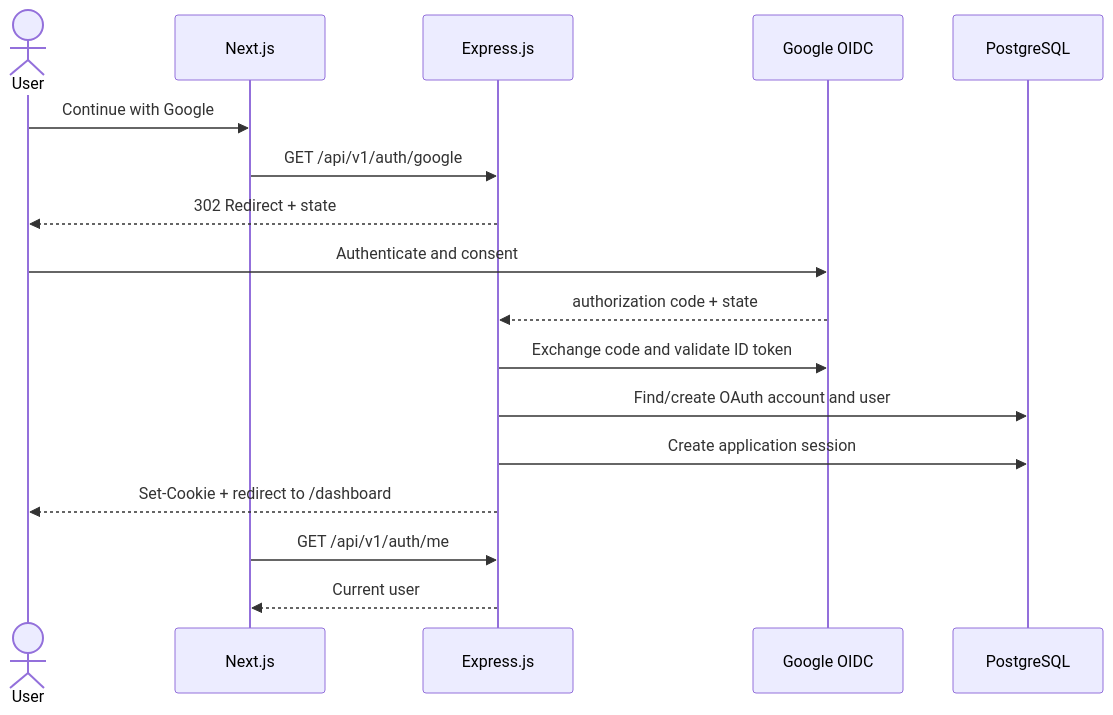
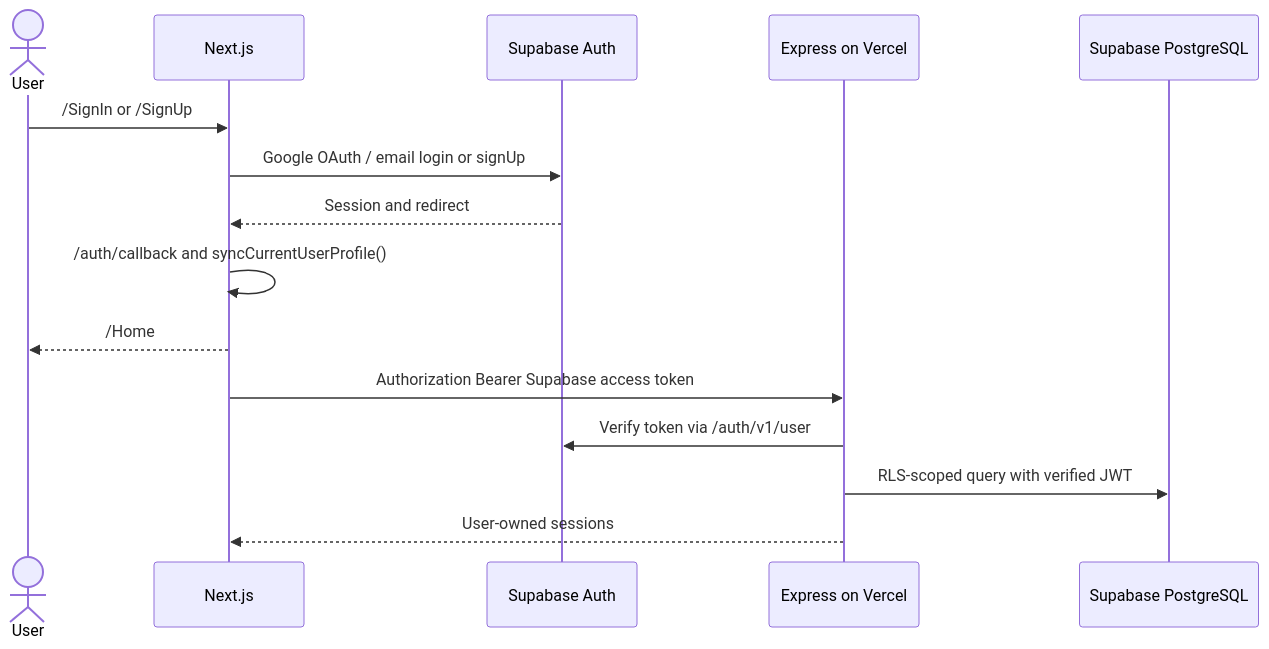
The diagram in docs/authentication.md (SteveJO789/LearnlyAi), drawn with Mermaid before and after one commit. The commit also changed other lines of this file, not shown here.

Commit message:
docs: replace outdated MVP architecture guidance in docs/authentication.md

````diff
--- a/docs/authentication.md
+++ b/docs/authentication.md
@@ -11,20 +7,17 @@
 ```mermaid
 sequenceDiagram
-    actor U as User
-    participant W as Next.js
-    participant A as Express.js
-    participant G as Google OIDC
-    participant D as PostgreSQL
-
-    U->>W: Continue with Google
-    W->>A: GET /api/v1/auth/google
-    A-->>U: 302 Redirect + state
-    U->>G: Authenticate and consent
-    G-->>A: authorization code + state
-    A->>G: Exchange code and validate ID token
-    A->>D: Find/create OAuth account and user
-    A->>D: Create application session
-    A-->>U: Set-Cookie + redirect to /dashboard
-    W->>A: GET /api/v1/auth/me
-    A-->>W: Current user
+    actor User
+    participant Web as Next.js
+    participant Auth as Supabase Auth
+    participant API as Express on Vercel
+    participant DB as Supabase PostgreSQL
+    User->>Web: /SignIn or /SignUp
+    Web->>Auth: Google OAuth / email login or signUp
+    Auth-->>Web: Session and redirect
+    Web->>Web: /auth/callback and syncCurrentUserProfile()
+    Web-->>User: /Home
+    Web->>API: Authorization Bearer Supabase access token
+    API->>Auth: Verify token via /auth/v1/user
+    API->>DB: RLS-scoped query with verified JWT
+    API-->>Web: User-owned sessions
 ```
````
